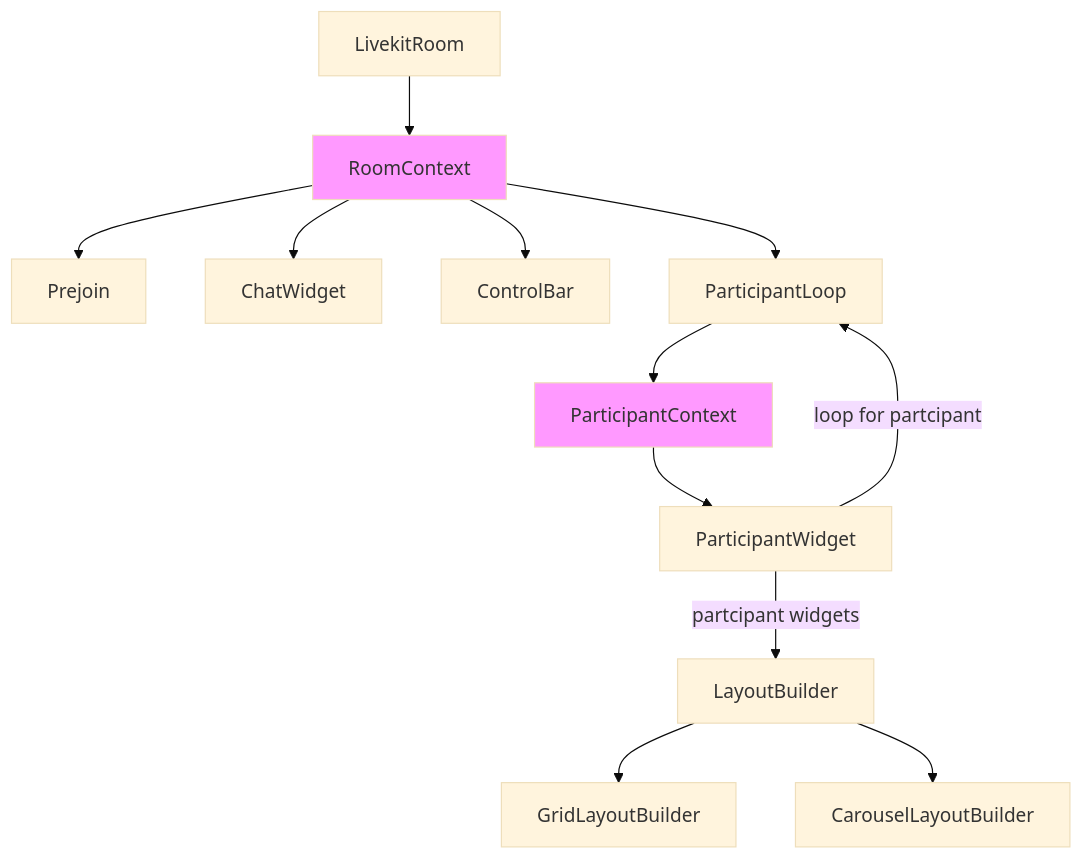
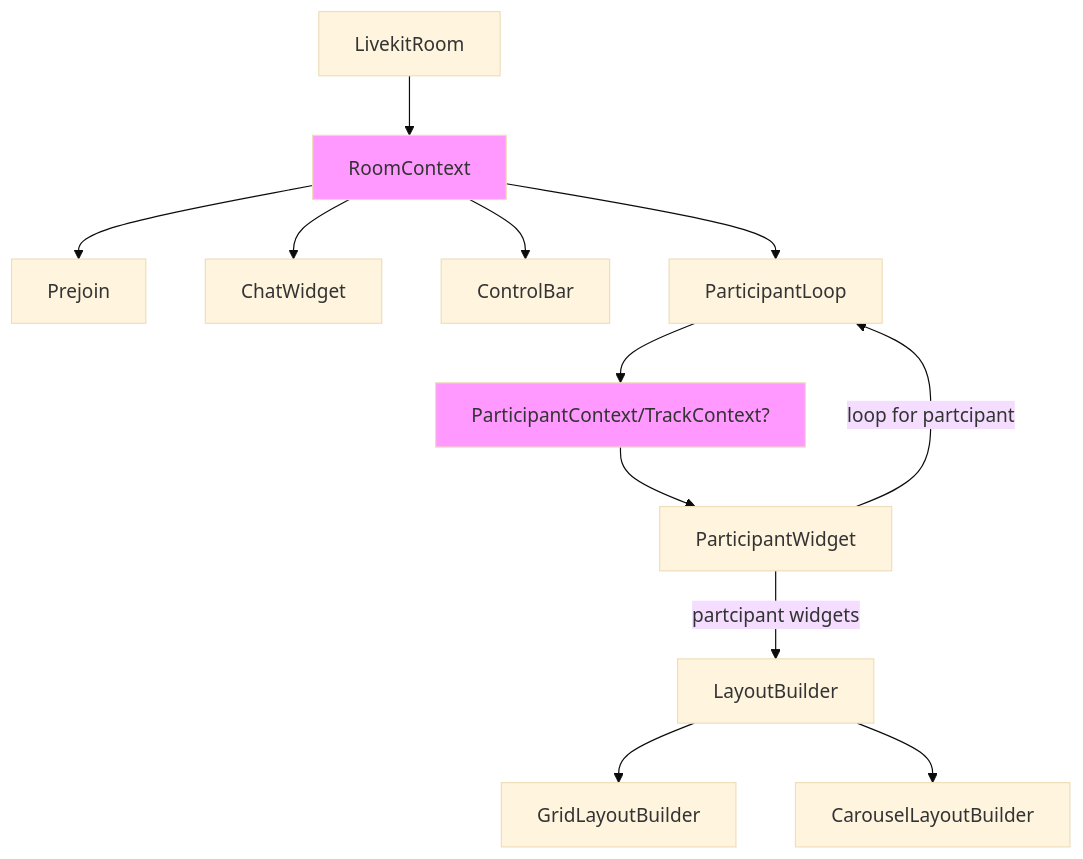
Before and after one commit to vineeth-vk11/components-flutter: the first of 4 diagrams in docs/flowchart.md, drawn with Mermaid (base theme).

````diff
--- a/docs/flowchart.md
+++ b/docs/flowchart.md
@@ -5,16 +5,16 @@
 ```mermaid
 flowchart TD
     A[LivekitRoom] --> B[RoomContext]
     style B fill:#f9f
     B --> D0[Prejoin]
     B --> D1[ChatWidget]
     B --> D2[ControlBar]
     B --> C1[ParticipantLoop]
-    C1 --> C2[ParticipantContext]
+    C1 --> C2[ParticipantContext/TrackContext?]
     style C2 fill:#f9f
     C2 --> H[ParticipantWidget]
     H --> |loop for partcipant| C1
     H --> |partcipant widgets| I[LayoutBuilder]
     I --> J[GridLayoutBuilder]
     I --> K[CarouselLayoutBuilder]
 ```
````
